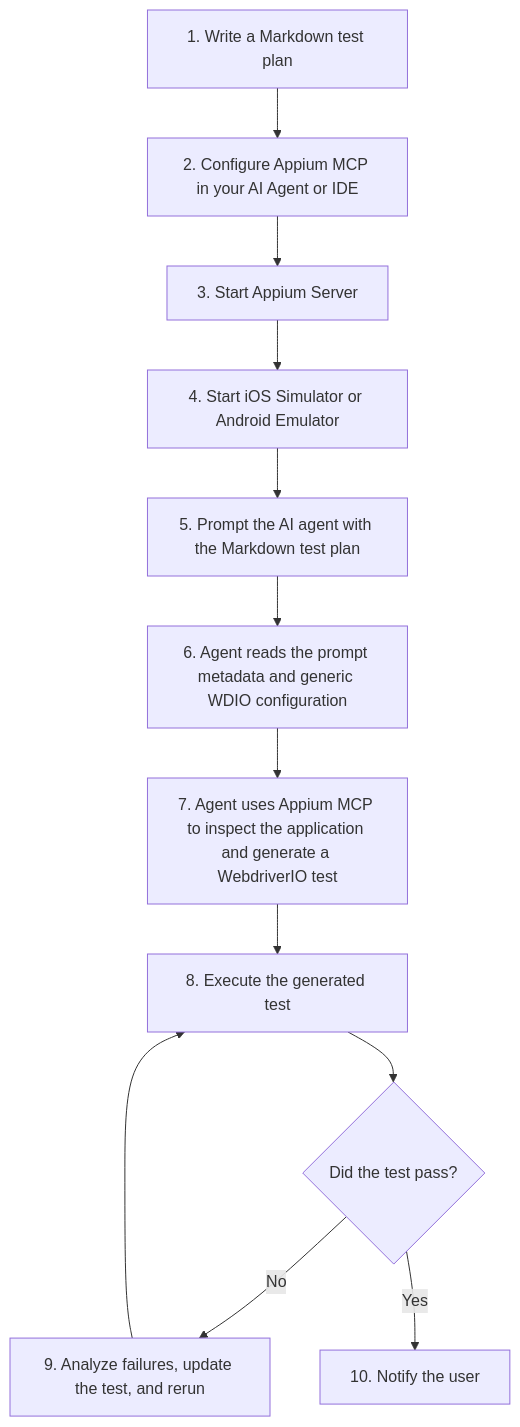
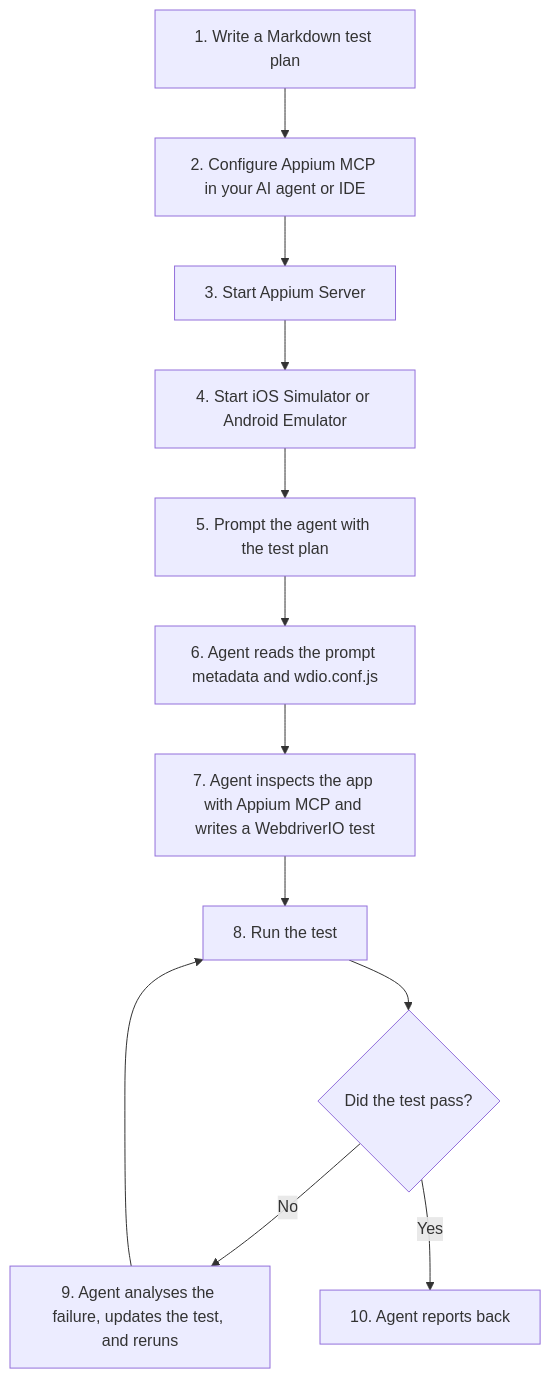
Before and after one commit to yashwant-das/ai-js-appium-mcp: the diagram in README.md, drawn with Mermaid. The commit also changed other lines of this file and 4 other files, not shown here.

First line of the commit message:
Rewrite README for the ai-js-appium-mcp name and what the repo does

````diff
--- a/README.md
+++ b/README.md
@@ -36,14 +11,14 @@
 ```mermaid
 graph TD
-    A["1. Write a Markdown test plan"] --> B["2. Configure Appium MCP in your AI Agent or IDE"]
+    A["1. Write a Markdown test plan"] --> B["2. Configure Appium MCP in your AI agent or IDE"]
     B --> C["3. Start Appium Server"]
     C --> D["4. Start iOS Simulator or Android Emulator"]
-    D --> E["5. Prompt the AI agent with the Markdown test plan"]
-    E --> F["6. Agent reads the prompt metadata and generic WDIO configuration"]
-    F --> G["7. Agent uses Appium MCP to inspect the application and generate a WebdriverIO test"]
-    G --> H["8. Execute the generated test"]
+    D --> E["5. Prompt the agent with the test plan"]
+    E --> F["6. Agent reads the prompt metadata and wdio.conf.js"]
+    F --> G["7. Agent inspects the app with Appium MCP and writes a WebdriverIO test"]
+    G --> H["8. Run the test"]
     H --> I{"Did the test pass?"}
-    I -- No --> J["9. Analyze failures, update the test, and rerun"]
+    I -- No --> J["9. Agent analyses the failure, updates the test, and reruns"]
     J --> H
-    I -- Yes --> K["10. Notify the user"]
+    I -- Yes --> K["10. Agent reports back"]
 ```
````
